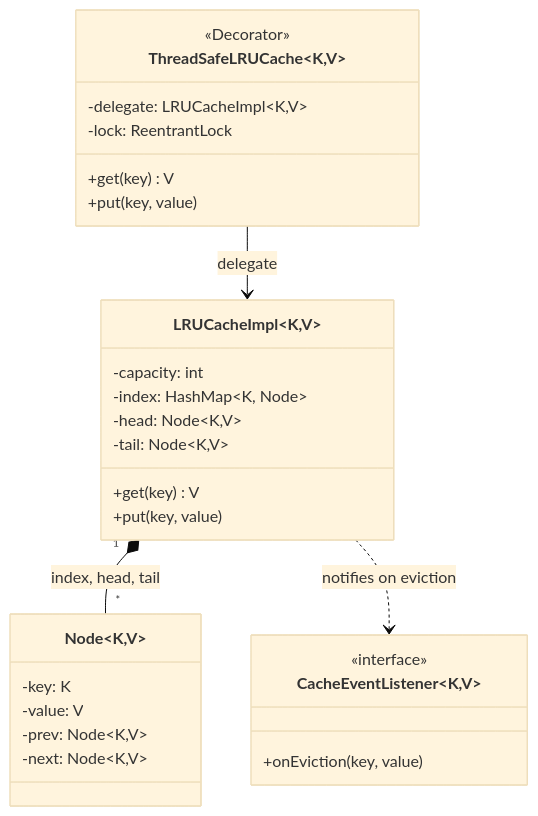
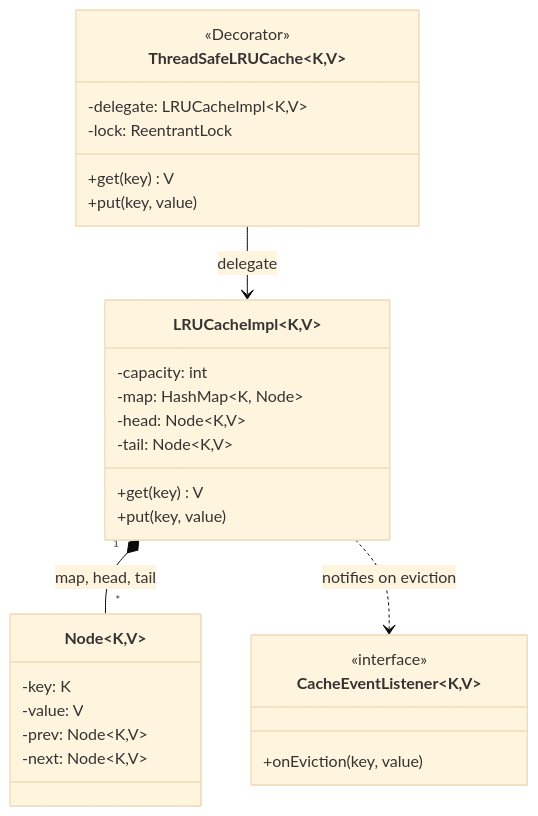
Before and after one commit to rppol/system-design: diagram 14 of 16 in src/main/java/com/rutik/systemdesign/lld/system_design_problems/README.md, drawn with Mermaid (base theme). The commit also changed other lines of this file and 22 other files, not shown here.

````diff
--- a/src/main/java/com/rutik/systemdesign/lld/system_design_problems/README.md
+++ b/src/main/java/com/rutik/systemdesign/lld/system_design_problems/README.md
@@ -505,32 +511,32 @@
 ```mermaid
 classDiagram
     class LRUCacheImpl~K,V~ {
         -capacity: int
-        -index: HashMap~K, Node~
+        -map: HashMap~K, Node~
         -head: Node~K,V~
         -tail: Node~K,V~
         +get(key) V
         +put(key, value)
     }
     class Node~K,V~ {
         -key: K
         -value: V
         -prev: Node~K,V~
         -next: Node~K,V~
     }
     class ThreadSafeLRUCache~K,V~ {
         <<Decorator>>
         -delegate: LRUCacheImpl~K,V~
         -lock: ReentrantLock
         +get(key) V
         +put(key, value)
     }
     class CacheEventListener~K,V~ {
         <<interface>>
         +onEviction(key, value)
     }
 
-    LRUCacheImpl~K,V~ "1" *-- "*" Node~K,V~ : index, head, tail
+    LRUCacheImpl~K,V~ "1" *-- "*" Node~K,V~ : map, head, tail
     LRUCacheImpl~K,V~ ..> CacheEventListener~K,V~ : notifies on eviction
     ThreadSafeLRUCache~K,V~ --> LRUCacheImpl~K,V~ : delegate
 ```
````
